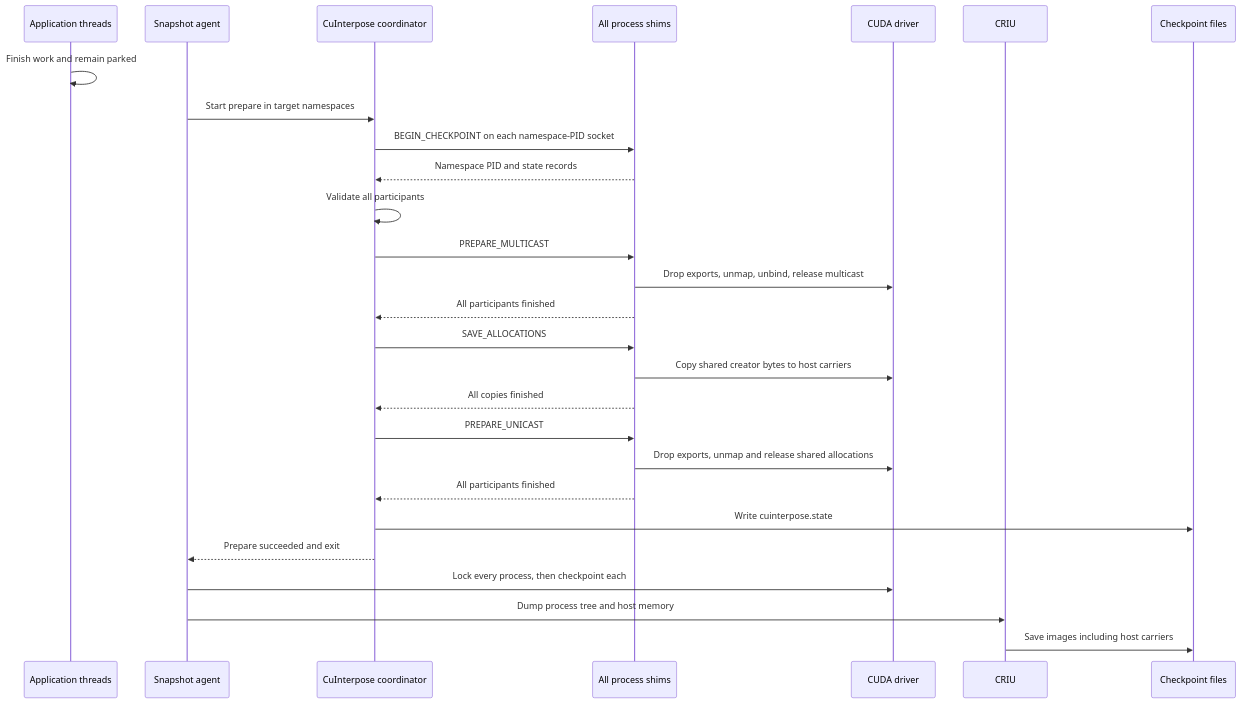
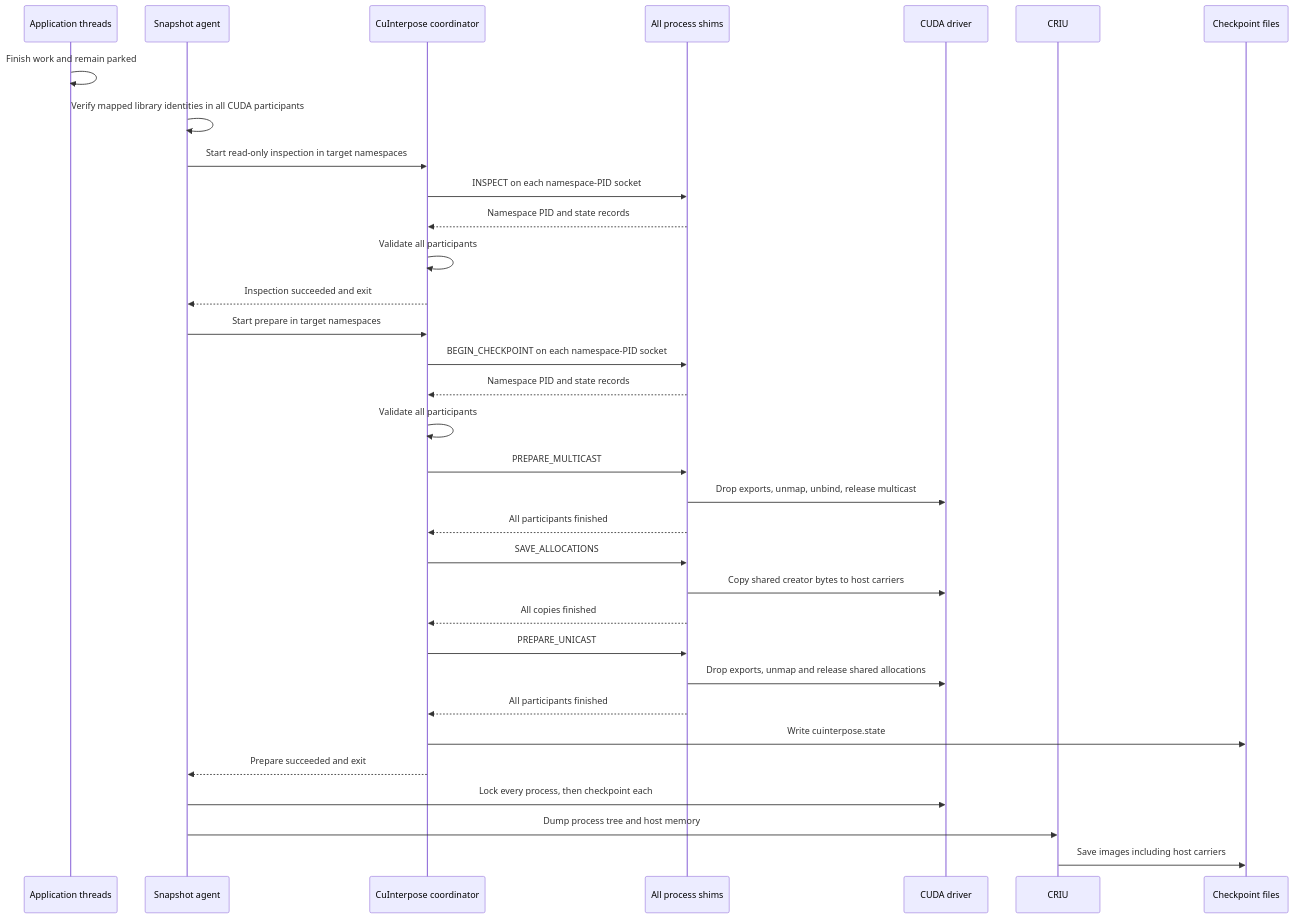
Before and after one commit to ai-dynamo/snapshot: the fourth of 5 diagrams in docs/proposals/295-cuinterpose/README.md, drawn with Mermaid. The commit also changed other lines of this file and 4 other files, not shown here.

````diff
--- a/docs/proposals/295-cuinterpose/README.md
+++ b/docs/proposals/295-cuinterpose/README.md
@@ -653,29 +688,35 @@
 ```mermaid
 sequenceDiagram
     participant App as Application threads
     participant Agent as Snapshot agent
     participant Coord as CuInterpose coordinator
     participant Shims as All process shims
     participant CUDA as CUDA driver
     participant CRIU as CRIU
     participant Files as Checkpoint files
     App->>App: Finish work and remain parked
+    Agent->>Agent: Verify mapped library identities in all CUDA participants
+    Agent->>Coord: Start read-only inspection in target namespaces
+    Coord->>Shims: INSPECT on each namespace-PID socket
+    Shims-->>Coord: Namespace PID and state records
+    Coord->>Coord: Validate all participants
+    Coord-->>Agent: Inspection succeeded and exit
     Agent->>Coord: Start prepare in target namespaces
     Coord->>Shims: BEGIN_CHECKPOINT on each namespace-PID socket
     Shims-->>Coord: Namespace PID and state records
     Coord->>Coord: Validate all participants
     Coord->>Shims: PREPARE_MULTICAST
     Shims->>CUDA: Drop exports, unmap, unbind, release multicast
     Shims-->>Coord: All participants finished
     Coord->>Shims: SAVE_ALLOCATIONS
     Shims->>CUDA: Copy shared creator bytes to host carriers
     Shims-->>Coord: All copies finished
     Coord->>Shims: PREPARE_UNICAST
     Shims->>CUDA: Drop exports, unmap and release shared allocations
     Shims-->>Coord: All participants finished
     Coord->>Files: Write cuinterpose.state
     Coord-->>Agent: Prepare succeeded and exit
     Agent->>CUDA: Lock every process, then checkpoint each
     Agent->>CRIU: Dump process tree and host memory
     CRIU->>Files: Save images including host carriers
 ```
````
